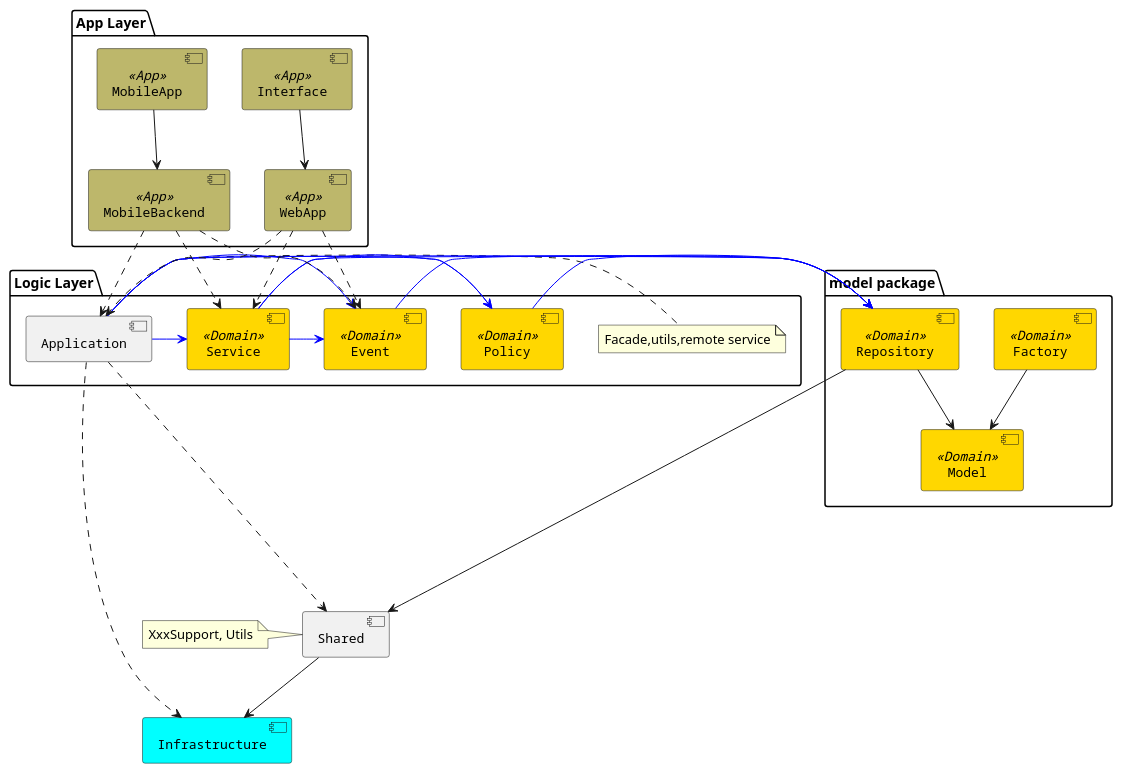
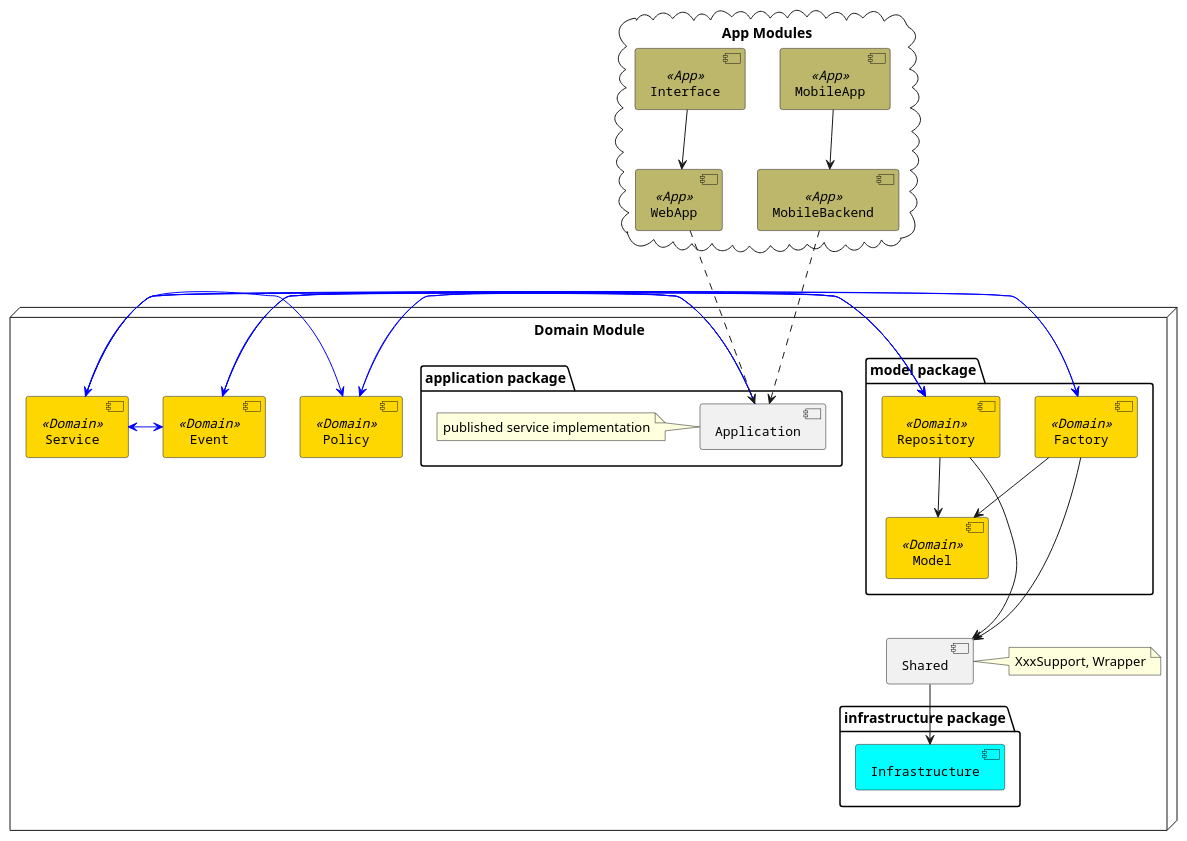
Before and after one commit to linux-china/ddd-base: the diagram in src/main/puml/ddd-components.puml, drawn with PlantUML.

Commit message:
adjust structure

```diff
--- a/src/main/puml/ddd-components.puml
+++ b/src/main/puml/ddd-components.puml
@@ -1,59 +1,60 @@
 @startuml
 
-[Infrastructure] #Aqua
-[Shared]
-note left of Shared : XxxSupport, Utils
 
-package "model package" {
-   [Model] <<Domain>>
-   [Repository] <<Domain>>
-   [Factory] <<Domain>>
-}
-package "Logic Layer" {
+node "Domain Module" {
+   package "model package" {
+       [Model] <<Domain>>
+       [Repository] <<Domain>>
+       [Factory] <<Domain>>
+    }
    [Service] <<Domain>>
    [Event] <<Domain>>
    [Policy] <<Domain>>
-   [Application]
-   note right of Application : Facade,utils,remote service
+   [Shared]
+   note right of Shared : XxxSupport, Wrapper
+
+   package "application package" {
+        [Application]
+        note left of Application : published service implementation
+   }
+   package "infrastructure package" {
+        [Infrastructure] #Aqua
+   }
 }
 
-package "App Layer" {
+cloud "App Modules" {
     [WebApp] <<App>>
     [MobileBackend] <<App>>
     [Interface] <<App>>
     [MobileApp] <<App>>
 }
 
 [Shared] --> [Infrastructure]
-[Repository] --> [Shared]
+[Repository] ---> [Shared]
 [Repository] --> [Model]
 [Service] -[#0000FF]> [Repository]
+[Service] -[#0000FF]> [Factory]
 [Service] -[#0000FF]> [Policy]
-[Service] -[#0000FF]> [Event]
+[Service] <-[#0000FF]> [Event]
 [Policy] -[#0000FF]> [Repository]
 [Factory] --> [Model]
+[Factory] ---> [Shared]
 [Event] -[#0000FF]> [Repository]
-[Application] -[#0000FF]> [Repository]
+[Event] -[#0000FF]> [Factory]
 [Application] -[#0000FF]> [Service]
 [Application] -[#0000FF]> [Event]
 [Application] -[#0000FF]> [Policy]
-[Application] ....> [Infrastructure]
-[Application] ....> [Shared]
 
-[WebApp] ..> [Application]
-[WebApp] ..> [Service]
-[WebApp] ..> [Event]
+[WebApp] ...> [Application]
 [Interface] --> [WebApp]
-[MobileBackend] ..> [Application]
-[MobileBackend] ..> [Service]
-[MobileBackend] ..> [Event]
+[MobileBackend] ...> [Application]
 [MobileApp] --> [MobileBackend]
 
 skinparam component {
   FontSize 13
   BackgroundColor<<Domain>> gold
   BackgroundColor<<App>> DarkKhaki
   FontName Courier
 }
 
 @enduml
```
